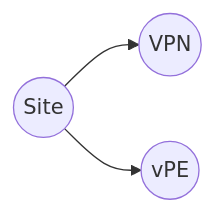
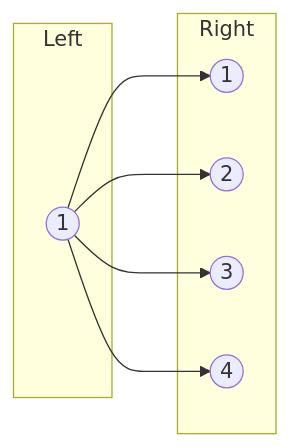
One commit to oasis-tcs/tosca-specs changed the third of 9 diagrams in tosca_2_0/multiplicity.md. Above: the diagram before and after it, drawn with Mermaid. The commit also changed other lines of this file, not shown here.

````diff
--- a/tosca_2_0/multiplicity.md
+++ b/tosca_2_0/multiplicity.md
@@ -253,5 +235,16 @@
 ```mermaid
 flowchart LR
-    A((Site)) --> B((VPN))
-    A((Site)) --> c((vPE))
+    subgraph Left
+        A1((1))
+    end
+    subgraph Right
+        B1((1))
+        B2((2))
+        B3((3))
+        B4((4))
+    end
+    A1 --> B1
+    A1 --> B2
+    A1 --> B3
+    A1 --> B4
 ```
````
